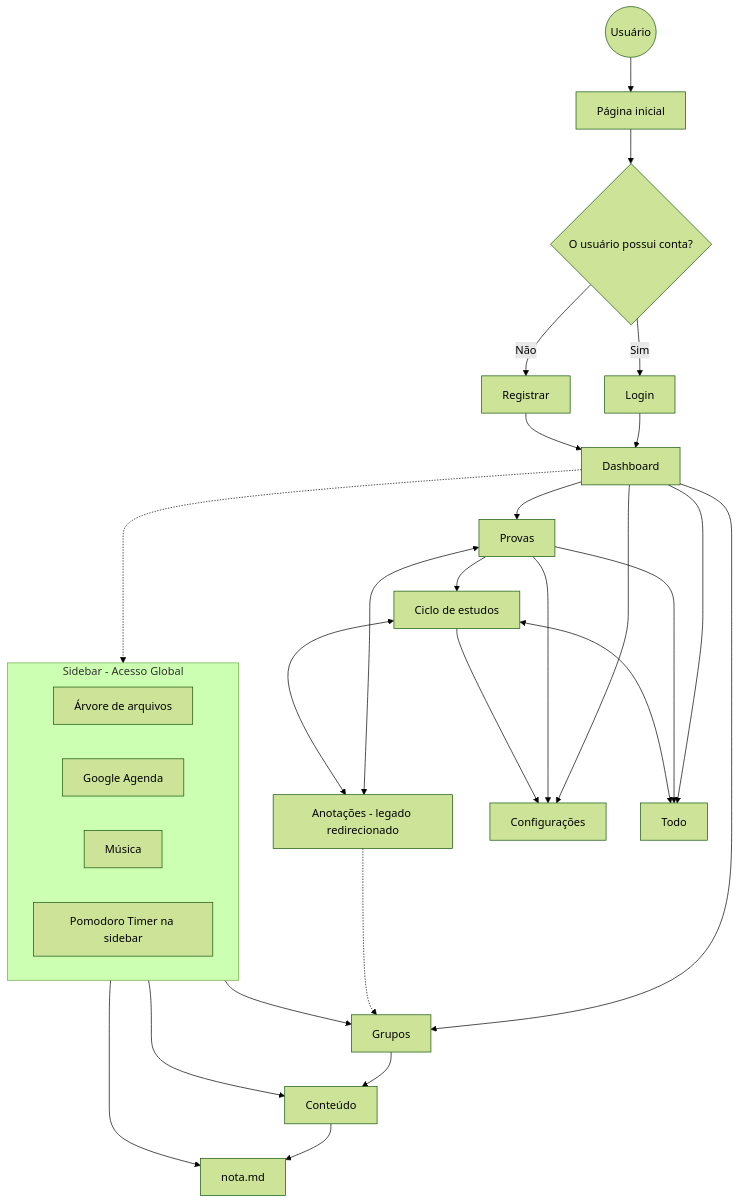
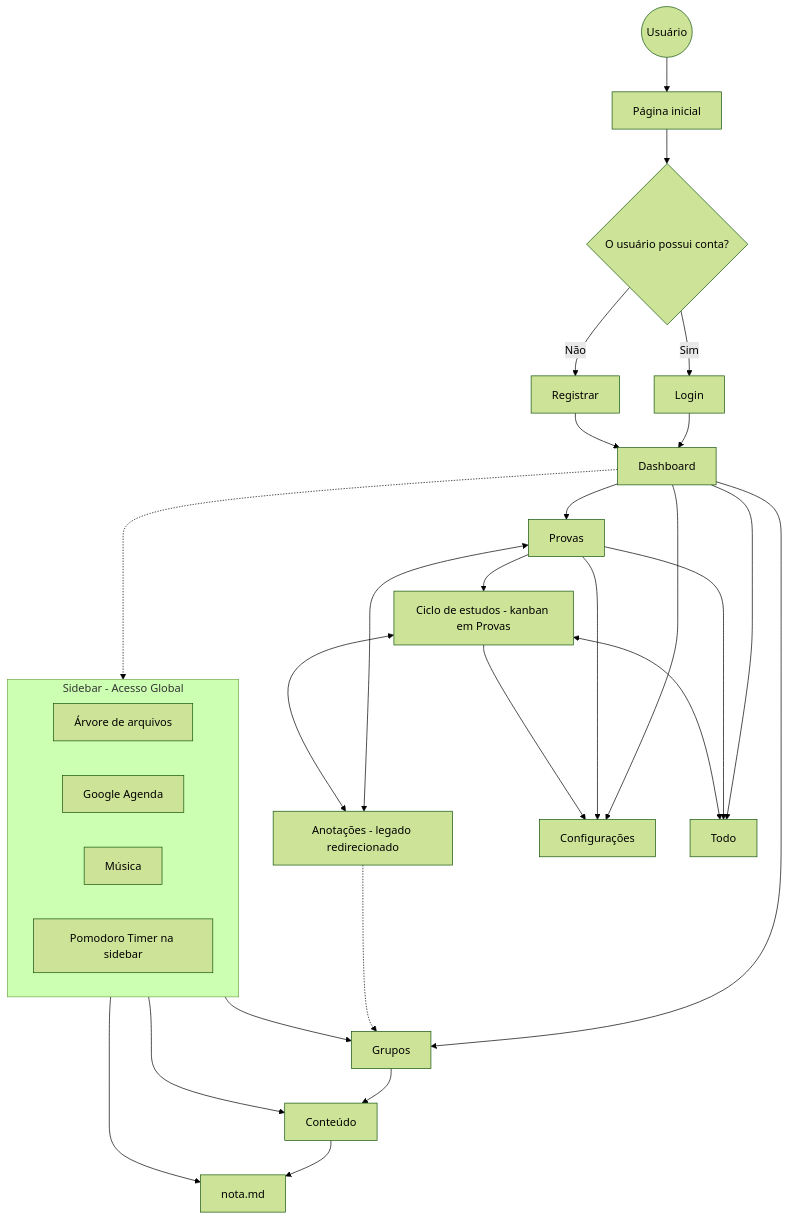
Before and after one commit to Luis-Mackiewicz/uptake: the diagram in docs/user-flow.md, drawn with Mermaid (forest theme). The commit also changed 78 other files, not shown here.

````diff
--- a/docs/user-flow.md
+++ b/docs/user-flow.md
@@ -1,56 +1,56 @@
 ```mermaid
 flowchart TD
 
     usuario((Usuário))
     home[Página inicial]
     login[Login]
     registrar[Registrar]
     dashboard[Dashboard]
     grupos[Grupos]
     conteudo[Conteúdo]
     arquivo[nota.md]
     provas[Provas]
     anotacoes[Anotações - legado redirecionado]
     config[Configurações]
-    ciclo[Ciclo de estudos]
+    ciclo[Ciclo de estudos - kanban em Provas]
     todo[Todo]
 
     usuario --> home
     home --> auth{O usuário possui conta?}
     auth -->|Sim| login
     auth -->|Não| registrar
 
     login --> dashboard
     registrar --> dashboard
 
     dashboard --> grupos
     grupos --> conteudo
     conteudo --> arquivo
     anotacoes -.-> grupos
     dashboard --> provas
     dashboard --> config
     dashboard --> todo
 
     provas --> ciclo
     provas --> config
     provas --> todo
     provas <--> anotacoes
 
     ciclo <--> anotacoes
     ciclo <--> todo
     ciclo --> config
 
 
     subgraph Sidebar [Sidebar - Acesso Global]
         direction LR
         arvore[Árvore de arquivos]
         agenda[Google Agenda]
         musica[Música]
         pomodoro[Pomodoro Timer na sidebar]
     end
 
     dashboard -.-> Sidebar
     arvore --> grupos
     arvore --> conteudo
     arvore --> arquivo
 ```
````
